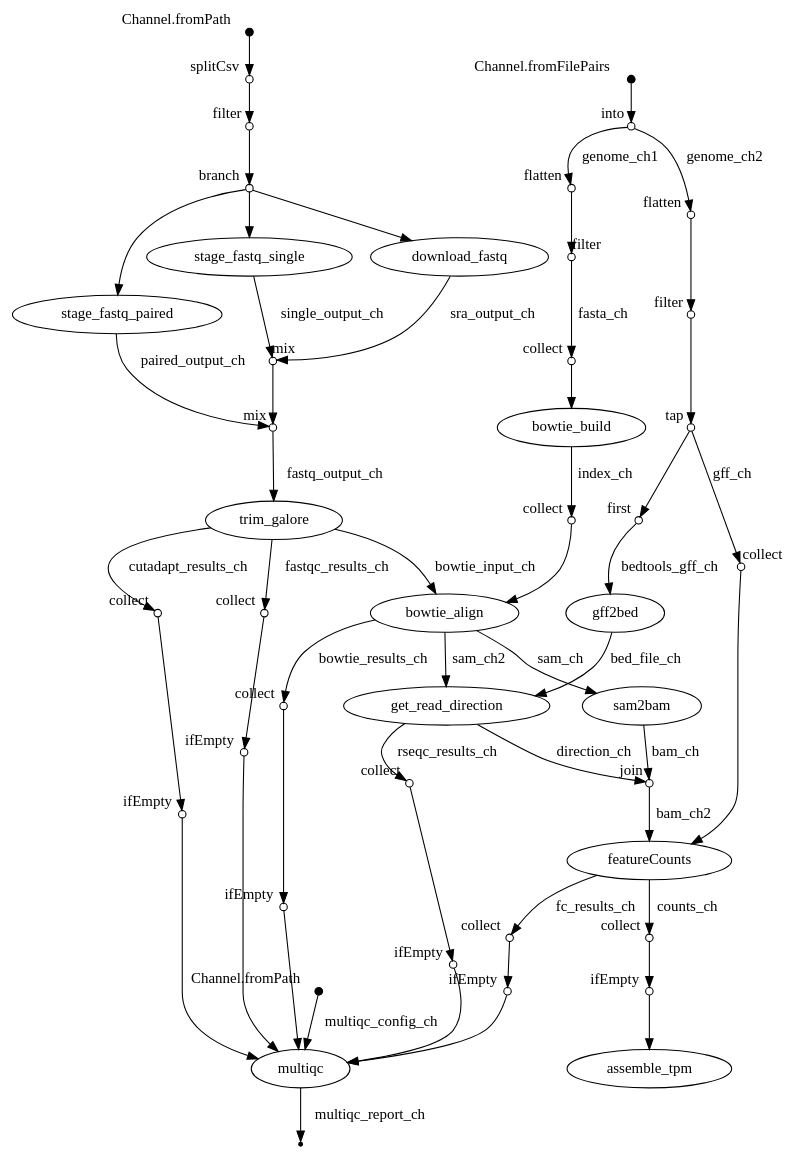
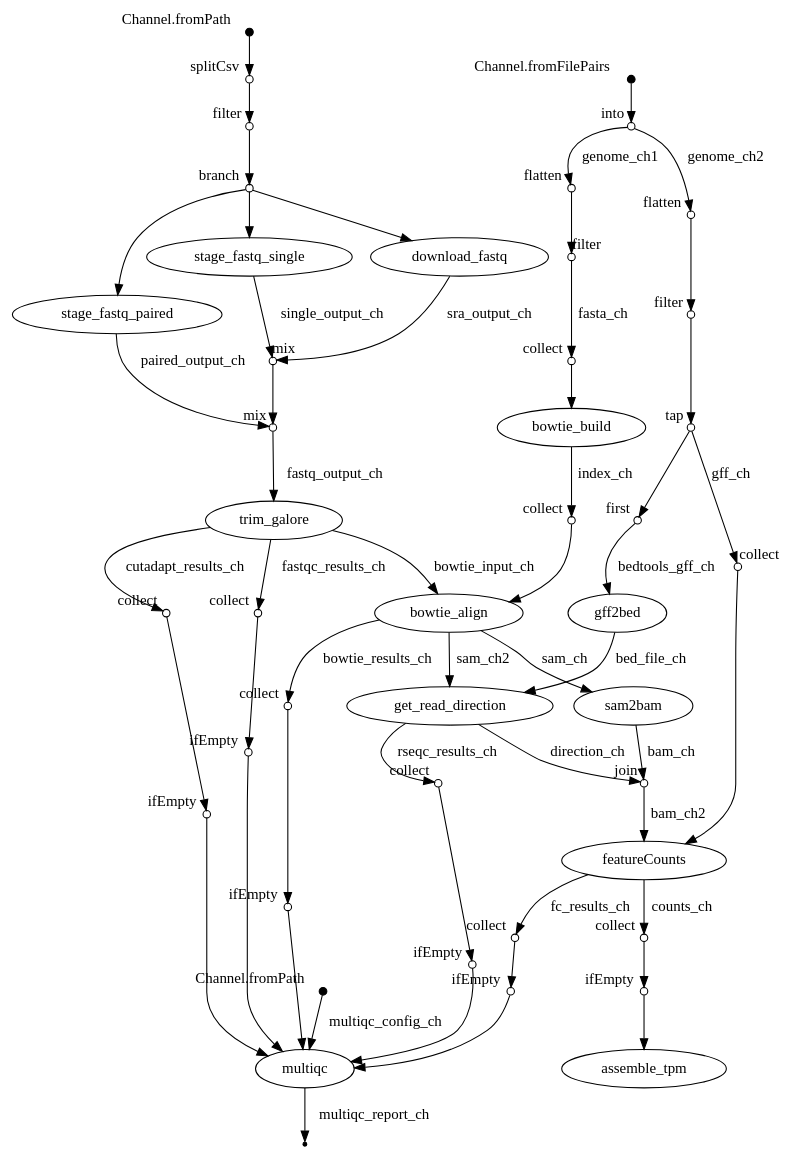
One commit to cristalzucsd/iModulonMiner changed the diagram in 2_process_data/trace/dag.dot. Above: the diagram before and after it, drawn with Graphviz. The commit also changed other lines of this file and 318 other files, not shown here.

```diff
--- a/2_process_data/trace/dag.dot
+++ b/2_process_data/trace/dag.dot
@@ -4,12 +4,12 @@
 p0 -> p1;
 
 p1 [shape=circle,label="",fixedsize=true,width=0.1,xlabel="into"];
+p4 [shape=circle,label="",fixedsize=true,width=0.1,xlabel="flatten"];
+p1 -> p4 [label="genome_ch2"];
+
+p1 [shape=circle,label="",fixedsize=true,width=0.1,xlabel="into"];
 p2 [shape=circle,label="",fixedsize=true,width=0.1,xlabel="flatten"];
 p1 -> p2 [label="genome_ch1"];
-
-p1 [shape=circle,label="",fixedsize=true,width=0.1,xlabel="into"];
-p4 [shape=circle,label="",fixedsize=true,width=0.1,xlabel="flatten"];
-p1 -> p4 [label="genome_ch2"];
 
 p2 [shape=circle,label="",fixedsize=true,width=0.1,xlabel="flatten"];
 p3 [shape=circle,label="",fixedsize=true,width=0.1,xlabel="filter"];
@@ -28,12 +28,12 @@
 p5 -> p6;
 
 p6 [shape=circle,label="",fixedsize=true,width=0.1,xlabel="tap"];
+p7 [shape=circle,label="",fixedsize=true,width=0.1,xlabel="first"];
+p6 -> p7;
+
+p6 [shape=circle,label="",fixedsize=true,width=0.1,xlabel="tap"];
 p26 [shape=circle,label="",fixedsize=true,width=0.1,xlabel="collect"];
 p6 -> p26 [label="gff_ch"];
-
-p6 [shape=circle,label="",fixedsize=true,width=0.1,xlabel="tap"];
-p7 [shape=circle,label="",fixedsize=true,width=0.1,xlabel="first"];
-p6 -> p7;
 
 p7 [shape=circle,label="",fixedsize=true,width=0.1,xlabel="first"];
 p10 [label="gff2bed"];
@@ -64,12 +64,12 @@
 p13 -> p14;
 
 p14 [shape=circle,label="",fixedsize=true,width=0.1,xlabel="branch"];
+p16 [label="stage_fastq_single"];
+p14 -> p16;
+
+p14 [shape=circle,label="",fixedsize=true,width=0.1,xlabel="branch"];
 p17 [label="stage_fastq_paired"];
 p14 -> p17;
-
-p14 [shape=circle,label="",fixedsize=true,width=0.1,xlabel="branch"];
-p16 [label="stage_fastq_single"];
-p14 -> p16;
 
 p14 [shape=circle,label="",fixedsize=true,width=0.1,xlabel="branch"];
 p15 [label="download_fastq"];
```
